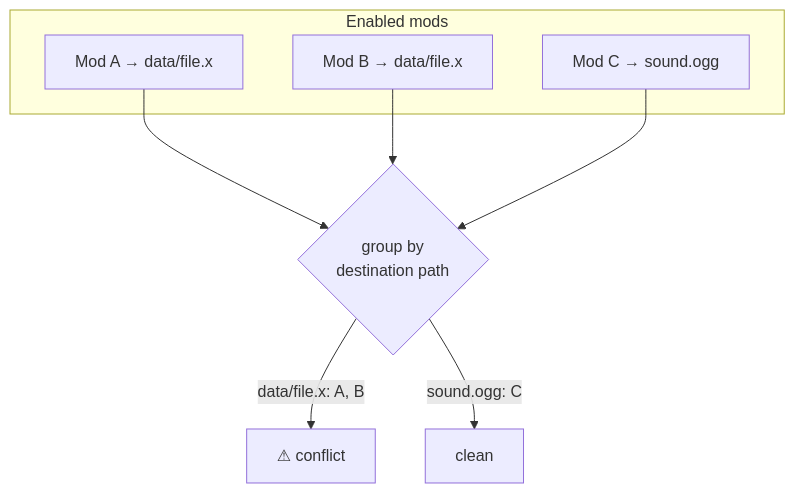
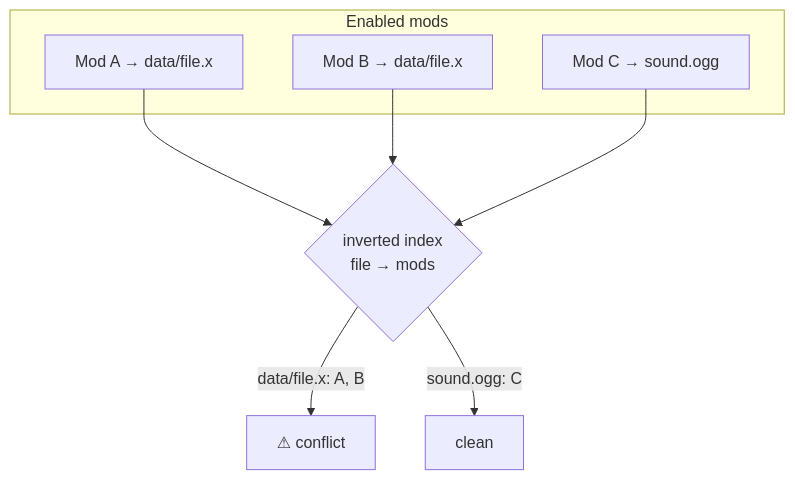
The first of 4 diagrams in docs/how-it-works/conflicts.md (FreeProject089/BMM-Docs), drawn with Mermaid before and after one commit. The commit also changed other lines of this file and 7 other files, not shown here.

````diff
--- a/docs/how-it-works/conflicts.md
+++ b/docs/how-it-works/conflicts.md
@@ -14,13 +26,13 @@
 ```mermaid
 flowchart TB
     subgraph Enabled["Enabled mods"]
         A["Mod A → data/file.x"]
         B["Mod B → data/file.x"]
         C["Mod C → sound.ogg"]
     end
-    A --> G{"group by<br/>destination path"}
+    A --> G{"inverted index<br/>file → mods"}
     B --> G
     C --> G
     G -- "data/file.x: A, B" --> CONF["⚠ conflict"]
     G -- "sound.ogg: C" --> OK["clean"]
 ```
````
